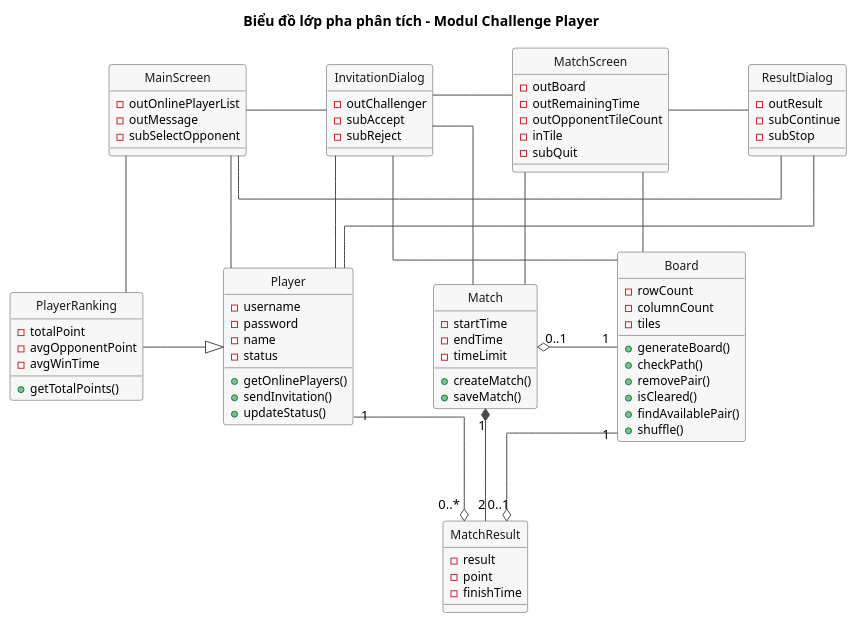
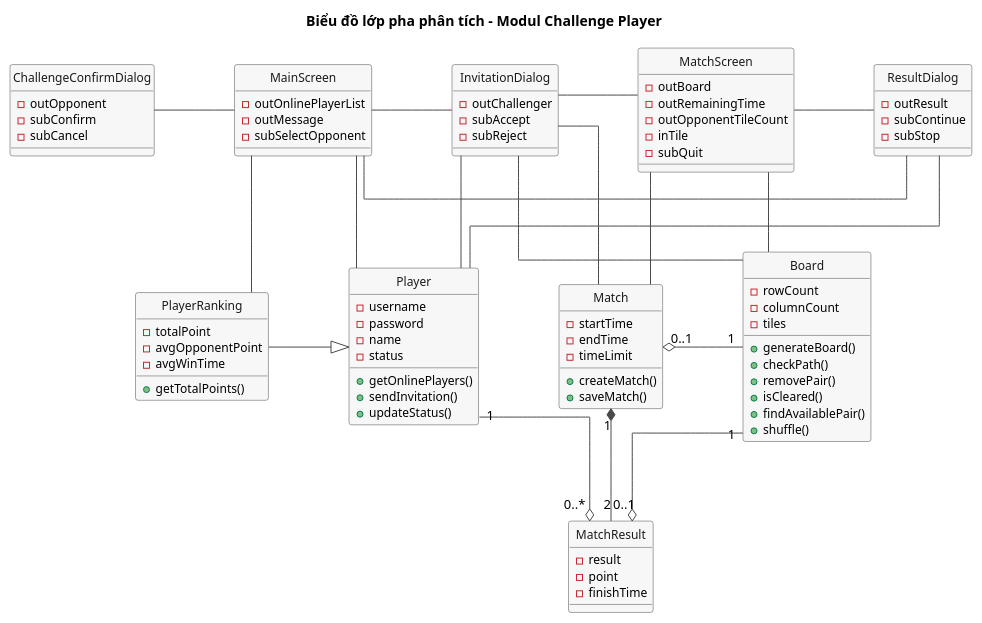
One commit to VattenL/mobile-pikachu changed the diagram in docs/uml/pha2/class-analysis-m3.puml. Above: the diagram before and after it, drawn with PlantUML. The commit also changed 25 other files, not shown here.

First line of the commit message:
docs: apply team review on use cases and challenge flow

```diff
--- a/docs/uml/pha2/class-analysis-m3.puml
+++ b/docs/uml/pha2/class-analysis-m3.puml
@@ -1,108 +1,115 @@
 @startuml class-analysis-m3
 title Biểu đồ lớp pha phân tích - Modul Challenge Player
 
 hide circle
 skinparam shadowing false
 skinparam linetype ortho
 skinparam nodesep 80
 skinparam ranksep 80
 skinparam classFontSize 14
 skinparam classAttributeFontSize 12
 skinparam class {
   BackgroundColor #F7F7F7
   BorderColor #4A4A4A
   ArrowColor #4A4A4A
   FontColor #1A1A1A
 }
 
 ' ===== Tang 1: lop bien =====
 class MainScreen {
   - outOnlinePlayerList
   - outMessage
   - subSelectOpponent
+}
+
+class ChallengeConfirmDialog {
+  - outOpponent
+  - subConfirm
+  - subCancel
 }
 
 class InvitationDialog {
   - outChallenger
   - subAccept
   - subReject
 }
 
 class MatchScreen {
   - outBoard
   - outRemainingTime
   - outOpponentTileCount
   - inTile
   - subQuit
 }
 
 class ResultDialog {
   - outResult
   - subContinue
   - subStop
 }
 
 ' ===== Tang 2: lop thuc the =====
 class Player {
   - username
   - password
   - name
   - status
   + getOnlinePlayers()
   + sendInvitation()
   + updateStatus()
 }
 
 class PlayerRanking {
   - totalPoint
   - avgOpponentPoint
   - avgWinTime
   + getTotalPoints()
 }
 
 class Board {
   - rowCount
   - columnCount
   - tiles
   + generateBoard()
   + checkPath()
   + removePair()
   + isCleared()
   + findAvailablePair()
   + shuffle()
 }
 
 class Match {
   - startTime
   - endTime
   - timeLimit
   + createMatch()
   + saveMatch()
 }
 
 class MatchResult {
   - result
   - point
   - finishTime
 }
 
+MainScreen -left- ChallengeConfirmDialog
 MainScreen -right- InvitationDialog
 InvitationDialog -right- MatchScreen
 MatchScreen -right- ResultDialog
 ResultDialog -[norank]- MainScreen
 
 MainScreen -down- Player
 MainScreen -down- PlayerRanking
 InvitationDialog -down- Board
 InvitationDialog -down- Match
 InvitationDialog -down- Player
 MatchScreen -down- Board
 MatchScreen -down- Match
 ResultDialog -down- Player
 
 Player "1" -[norank]-o "0..*" MatchResult
 Match "1" *-down- "2" MatchResult
 Match "0..1" o-right- "1" Board
 MatchResult "0..1" o-[norank]- "1" Board
 PlayerRanking -[norank]-|> Player
 @enduml
```
